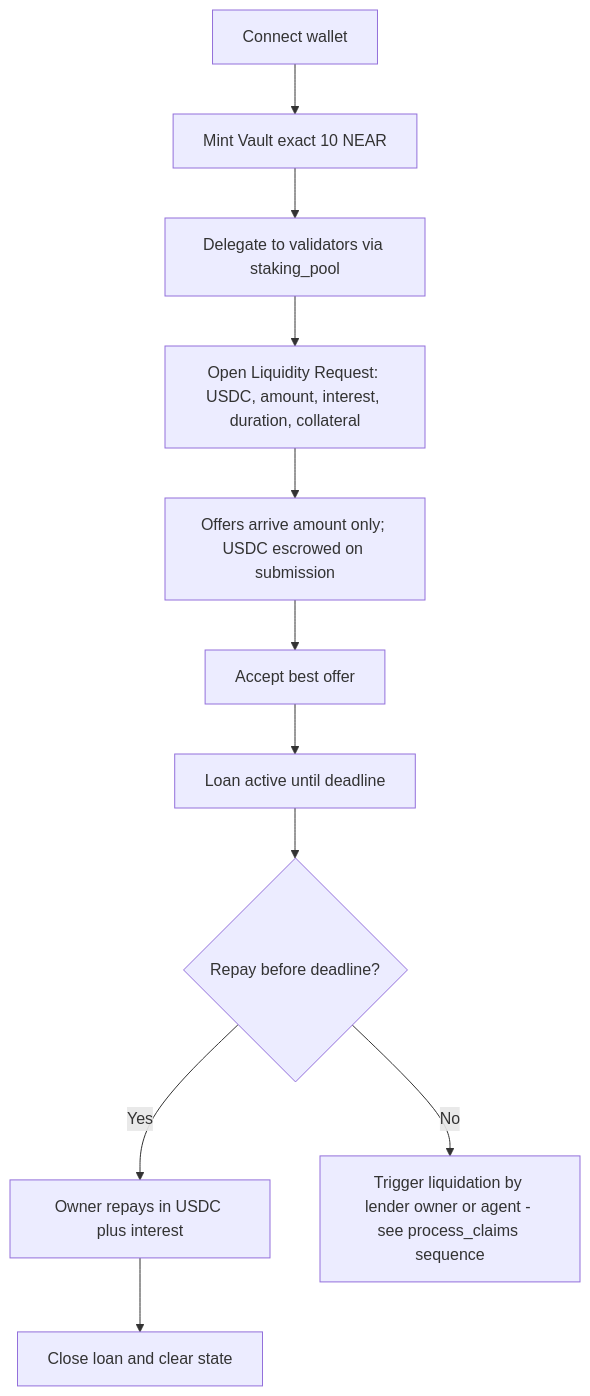
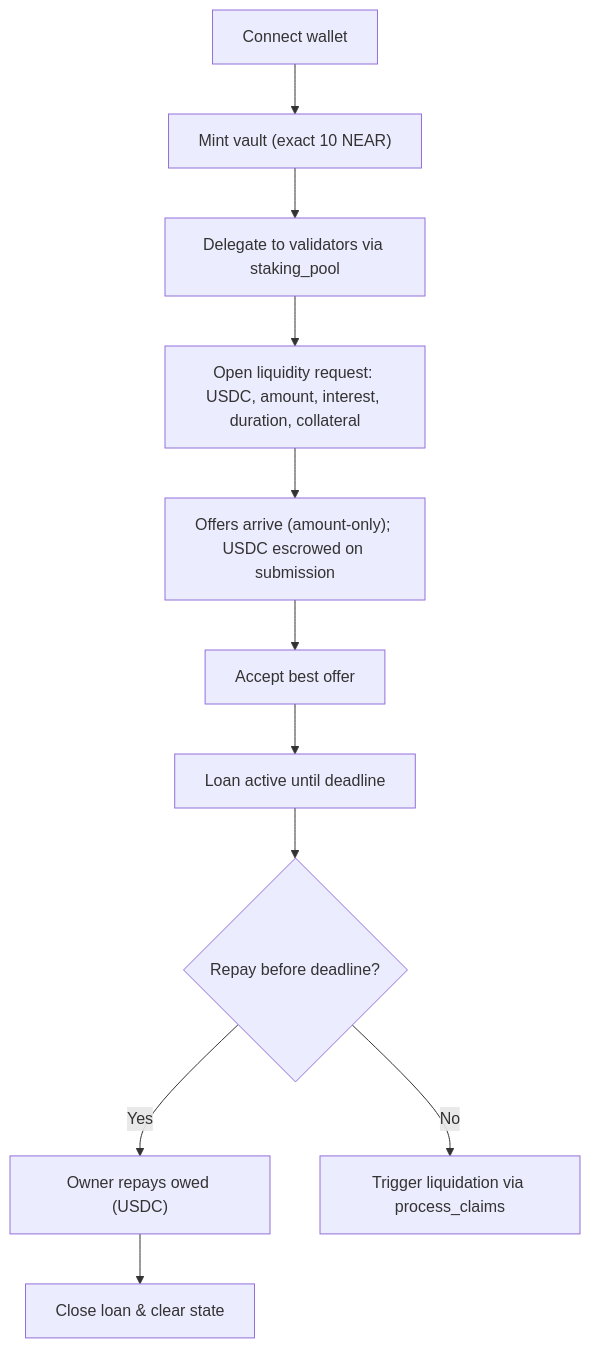
Before and after one commit to sudostake/resources: the first of 6 diagrams in PERSONAS_AND_FLOWS.md, drawn with Mermaid. The commit also changed other lines of this file, not shown here.

First line of the commit message:
Revise and expand personas and flows documentation

````diff
--- a/PERSONAS_AND_FLOWS.md
+++ b/PERSONAS_AND_FLOWS.md
@@ -99,13 +158,13 @@
 ```mermaid
 flowchart TD
-    A[Connect wallet] --> B[Mint Vault exact 10 NEAR]
-    B --> C[Delegate to validators via staking_pool]
-    C --> D[Open Liquidity Request: USDC, amount, interest, duration, collateral]
-    D --> E[Offers arrive amount only; USDC escrowed on submission]
-    E --> F[Accept best offer]
-    F --> G[Loan active until deadline]
-    G --> H{Repay before deadline?}
-    H -- Yes --> I[Owner repays in USDC plus interest]
-    I --> J[Close loan and clear state]
-    H -- No --> K[Trigger liquidation by lender owner or agent - see process_claims sequence]
+    A["Connect wallet"] --> B["Mint vault (exact 10 NEAR)"]
+    B --> C["Delegate to validators via staking_pool"]
+    C --> D["Open liquidity request: USDC, amount, interest, duration, collateral"]
+    D --> E["Offers arrive (amount-only); USDC escrowed on submission"]
+    E --> F["Accept best offer"]
+    F --> G["Loan active until deadline"]
+    G --> H{"Repay before deadline?"}
+    H -- "Yes" --> I["Owner repays owed (USDC)"]
+    I --> J["Close loan & clear state"]
+    H -- "No" --> K["Trigger liquidation via process_claims"]
 ```
````
